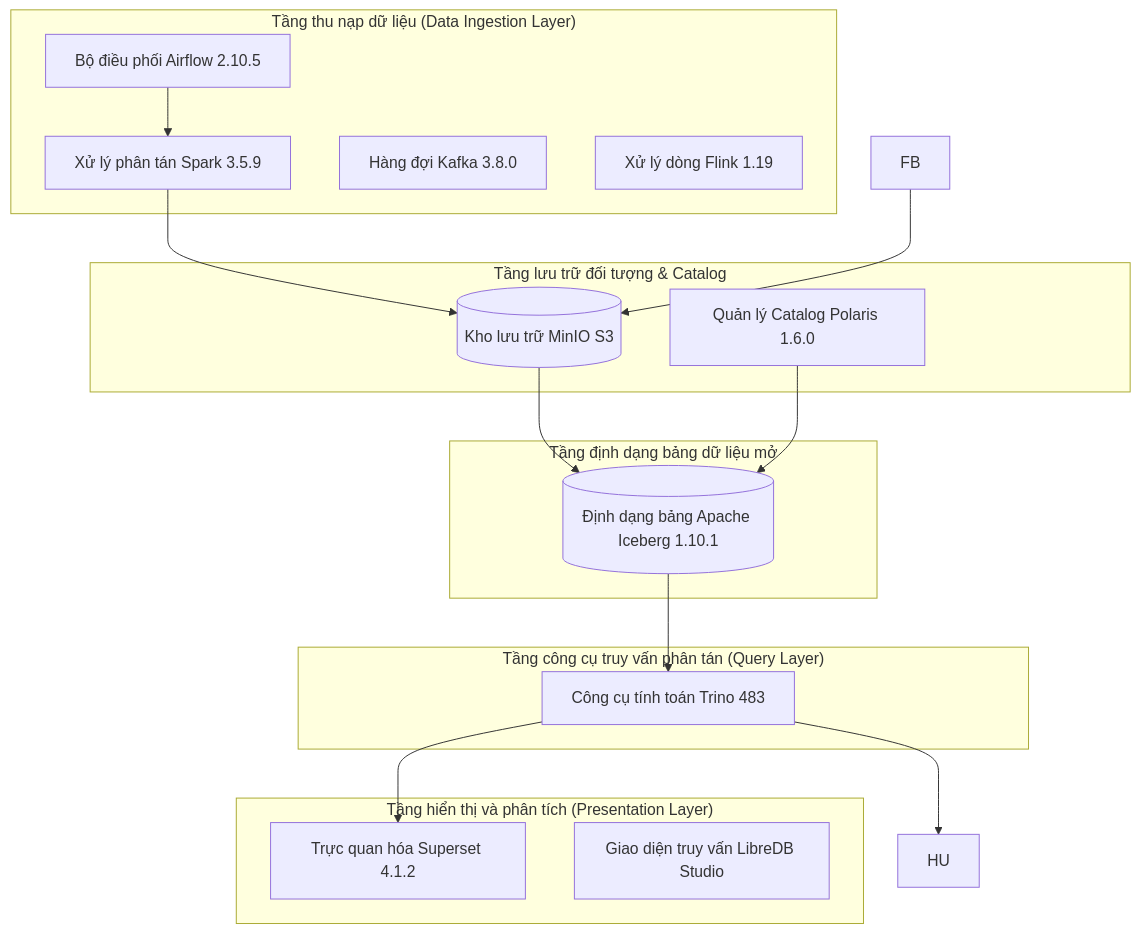
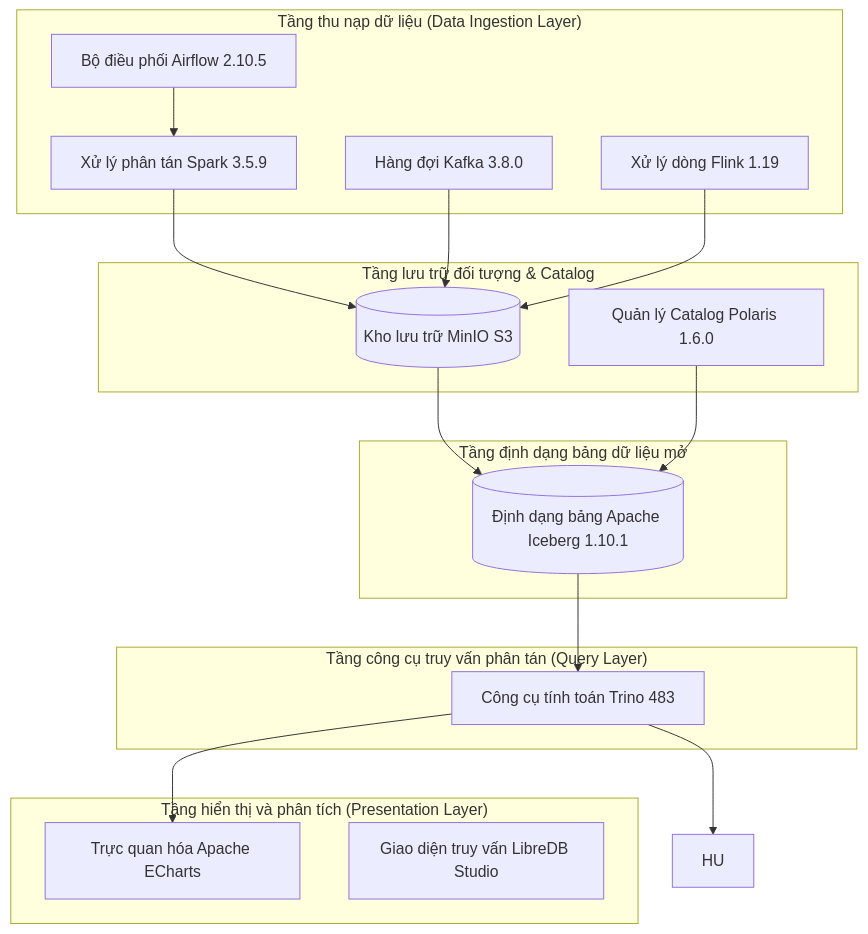
Before and after one commit to DanhTrannn/TLCN: diagram 43 of 57 in docs/design-analysis/OOSAD_ANALYSIS.md, drawn with Mermaid. The commit also changed other lines of this file and 8 other files, not shown here.

Commit message:
docs: remove all legacy Apache Superset references in favor of Apache ECharts and Trino

````diff
--- a/docs/design-analysis/OOSAD_ANALYSIS.md
+++ b/docs/design-analysis/OOSAD_ANALYSIS.md
@@ -2078,35 +2078,35 @@
 ```mermaid
 graph TB
     subgraph "Tầng thu nạp dữ liệu (Data Ingestion Layer)"
         AF[Bộ điều phối Airflow 2.10.5]
         SP[Xử lý phân tán Spark 3.5.9]
         KF[Hàng đợi Kafka 3.8.0] & FL[Xử lý dòng Flink 1.19]
     end
     
     subgraph "Tầng lưu trữ đối tượng & Catalog"
         S3[(Kho lưu trữ MinIO S3)]
         POL[Quản lý Catalog Polaris 1.6.0]
     end
     
     subgraph "Tầng định dạng bảng dữ liệu mở"
         ICE[(Định dạng bảng Apache Iceberg 1.10.1)]
     end
     
     subgraph "Tầng công cụ truy vấn phân tán (Query Layer)"
         TR[Công cụ tính toán Trino 483]
     end
     
     subgraph "Tầng hiển thị và phân tích (Presentation Layer)"
-        SU[Trực quan hóa Superset 4.1.2]
+        ECH[Trực quan hóa Apache ECharts]
         LU[Giao diện truy vấn LibreDB Studio]
     end
     
     AF --> SP
     SP --> S3
-    FB --> S3
+    KF & FL --> S3
     S3 --> ICE
     POL --> ICE
     ICE --> TR
-    TR --> SU
+    TR --> ECH
     TR --> HU
 ```
````
